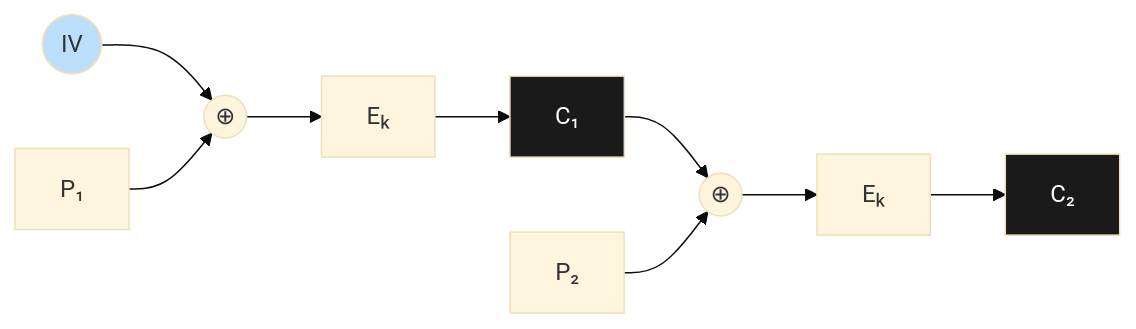
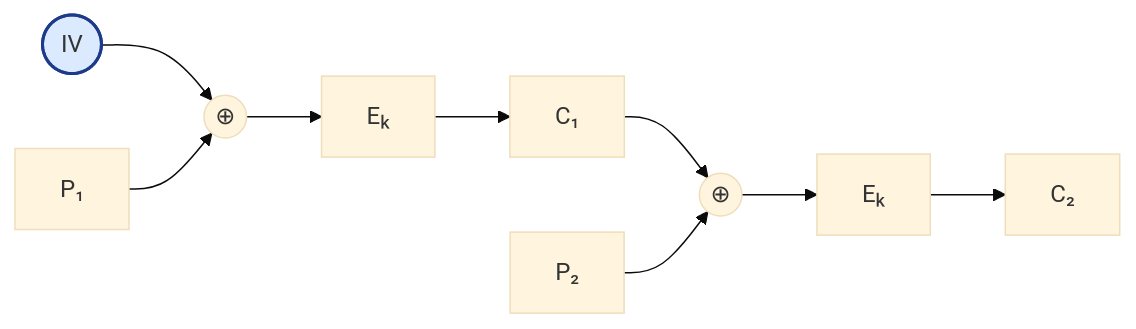
The seventh of 12 diagrams in 02_대칭키암호_정리.md (KMUTMU/information-security), drawn with Mermaid (base theme) before and after one commit. The commit also changed other lines of this file and 5 other files, not shown here.

Commit message:
Mermaid 다이어그램 가독성 개선: 짧은 라벨·이모지 제거·색상 최소화

````diff
--- a/02_대칭키암호_정리.md
+++ b/02_대칭키암호_정리.md
@@ -228,12 +213,9 @@
 ```mermaid
 flowchart LR
     IV(["IV"]) --> X1(("⊕"))
-    P1["P₁"] --> X1
-    X1 --> E1["Eₖ"] --> C1["C₁"]
+    P1["P₁"] --> X1 --> E1["Eₖ"] --> C1["C₁"]
     C1 --> X2(("⊕"))
-    P2["P₂"] --> X2
-    X2 --> E2["Eₖ"] --> C2["C₂"]
-    style C1 fill:#1a1a1a,color:#fff
-    style C2 fill:#1a1a1a,color:#fff
-    style IV fill:#bbdefb
+    P2["P₂"] --> X2 --> E2["Eₖ"] --> C2["C₂"]
+    classDef key fill:#dbeafe,stroke:#1e3a8a,stroke-width:2px
+    class IV key
 ```
````
